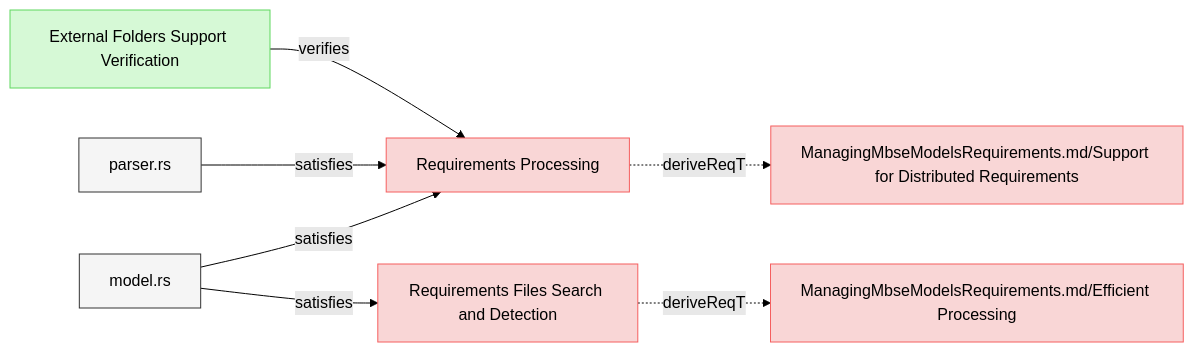
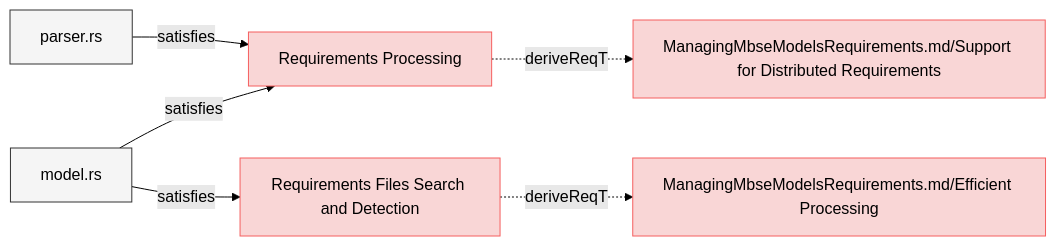
Before and after one commit to reqvire-org/reqvire: the fourth of 8 diagrams in specifications/SystemRequirements/Requirements.md, drawn with Mermaid (forest theme). The commit also changed other lines of this file and 65 other files, not shown here.

Commit message:
Diagram generation bug fix: there were opposite relations included.

````diff
--- a/specifications/SystemRequirements/Requirements.md
+++ b/specifications/SystemRequirements/Requirements.md
@@ -499,36 +480,32 @@
 ```mermaid
 graph LR;
   %% Graph styling
   classDef requirement fill:#f9d6d6,stroke:#f55f5f,stroke-width:1px;
   classDef verification fill:#d6f9d6,stroke:#5fd75f,stroke-width:1px;
   classDef externalLink fill:#d0e0ff,stroke:#3080ff,stroke-width:1px;
   classDef default fill:#f5f5f5,stroke:#333333,stroke-width:1px;
 
-  99bed90a0d["Requirements Processing"];
-  click 99bed90a0d "Requirements.md#requirements-processing";
-  class 99bed90a0d requirement;
-  e7286123b1["ManagingMbseModelsRequirements.md/Support for Distributed Requirements"];
-  class e7286123b1 requirement;
-  click e7286123b1 "../ManagingMbseModelsRequirements.md#support-for-distributed-requirements";
-  99bed90a0d -.->|deriveReqT| e7286123b1;
-  6136c216c9["model.rs"];
-  class 6136c216c9 default;
-  click 6136c216c9 "../../core/src/model.rs";
-  6136c216c9 -->|satisfies| 99bed90a0d;
-  3b1e87396c["parser.rs"];
-  class 3b1e87396c default;
-  click 3b1e87396c "../../core/src/parser.rs";
-  3b1e87396c -->|satisfies| 99bed90a0d;
-  97e9fdec98["External Folders Support Verification"];
-  class 97e9fdec98 verification;
-  click 97e9fdec98 "../Verifications/LintingTests.md#external-folders-support-verification";
-  97e9fdec98 -->|verifies| 99bed90a0d;
-  2737f2d770["Requirements Files Search and Detection"];
-  click 2737f2d770 "Requirements.md#requirements-files-search-and-detection";
-  class 2737f2d770 requirement;
-  21e4eb87cb["ManagingMbseModelsRequirements.md/Efficient Processing"];
-  class 21e4eb87cb requirement;
-  click 21e4eb87cb "../ManagingMbseModelsRequirements.md#efficient-processing";
-  2737f2d770 -.->|deriveReqT| 21e4eb87cb;
-  6136c216c9 -->|satisfies| 2737f2d770;
+  99bed90a0d96a1d2["Requirements Processing"];
+  click 99bed90a0d96a1d2 "Requirements.md#requirements-processing";
+  class 99bed90a0d96a1d2 requirement;
+  e7286123b1b97862["ManagingMbseModelsRequirements.md/Support for Distributed Requirements"];
+  class e7286123b1b97862 requirement;
+  click e7286123b1b97862 "../ManagingMbseModelsRequirements.md#support-for-distributed-requirements";
+  99bed90a0d96a1d2 -.->|deriveReqT| e7286123b1b97862;
+  6136c216c9f80165["model.rs"];
+  class 6136c216c9f80165 default;
+  click 6136c216c9f80165 "../../core/src/model.rs";
+  6136c216c9f80165 -->|satisfies| 99bed90a0d96a1d2;
+  3b1e87396caf6495["parser.rs"];
+  class 3b1e87396caf6495 default;
+  click 3b1e87396caf6495 "../../core/src/parser.rs";
+  3b1e87396caf6495 -->|satisfies| 99bed90a0d96a1d2;
+  2737f2d770aa0757["Requirements Files Search and Detection"];
+  click 2737f2d770aa0757 "Requirements.md#requirements-files-search-and-detection";
+  class 2737f2d770aa0757 requirement;
+  21e4eb87cb55ea5e["ManagingMbseModelsRequirements.md/Efficient Processing"];
+  class 21e4eb87cb55ea5e requirement;
+  click 21e4eb87cb55ea5e "../ManagingMbseModelsRequirements.md#efficient-processing";
+  2737f2d770aa0757 -.->|deriveReqT| 21e4eb87cb55ea5e;
+  6136c216c9f80165 -->|satisfies| 2737f2d770aa0757;
 ```
````
